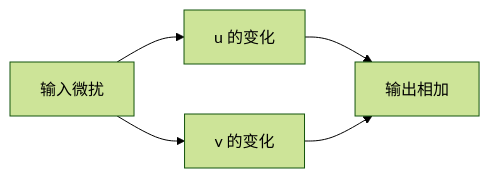
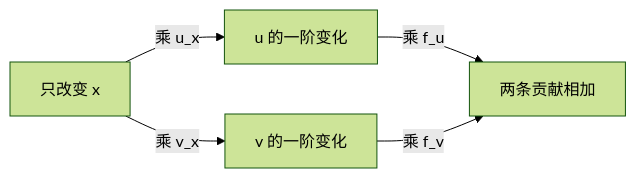
One commit to hicancan/njupt-knowledge changed the diagram in topics/高等数学/多元复合函数链式法则.md. Above: the diagram before and after it, drawn with Mermaid (forest theme). The commit also changed other lines of this file and 14 other files, not shown here.

````diff
--- a/topics/高等数学/多元复合函数链式法则.md
+++ b/topics/高等数学/多元复合函数链式法则.md
@@ -25,7 +25,7 @@
 ```mermaid
 flowchart LR
-    X["输入微扰"] --> U["u 的变化"]
-    X --> V["v 的变化"]
-    U --> Z["输出相加"]
-    V --> Z
+    X["只改变 x"] -->|乘 u_x| U["u 的一阶变化"]
+    X -->|乘 v_x| V["v 的一阶变化"]
+    U -->|乘 f_u| Z["两条贡献相加"]
+    V -->|乘 f_v| Z
 ```
````
